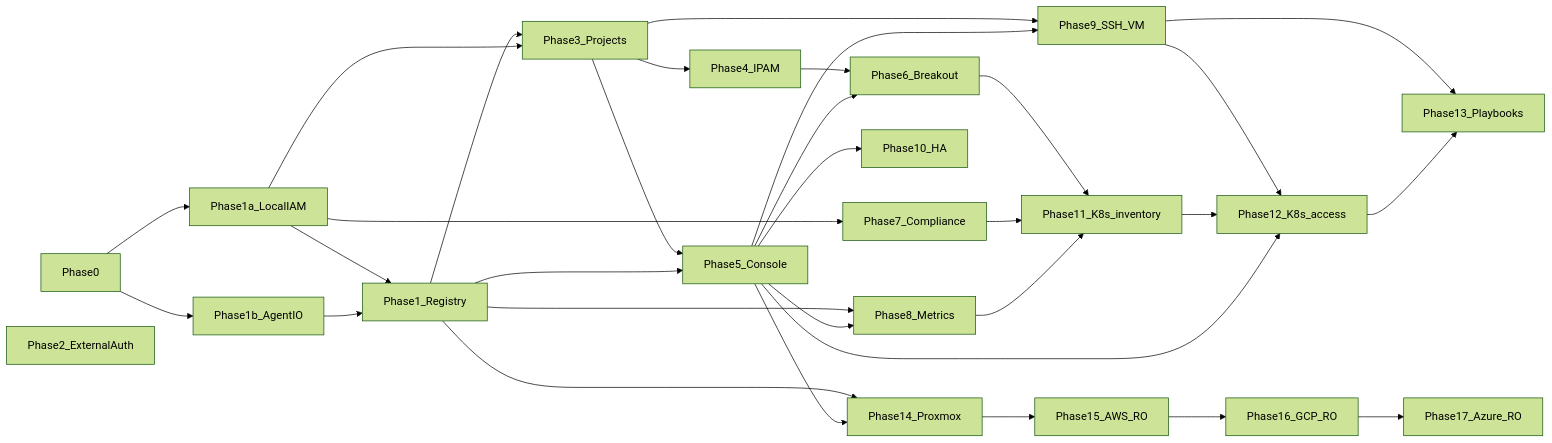
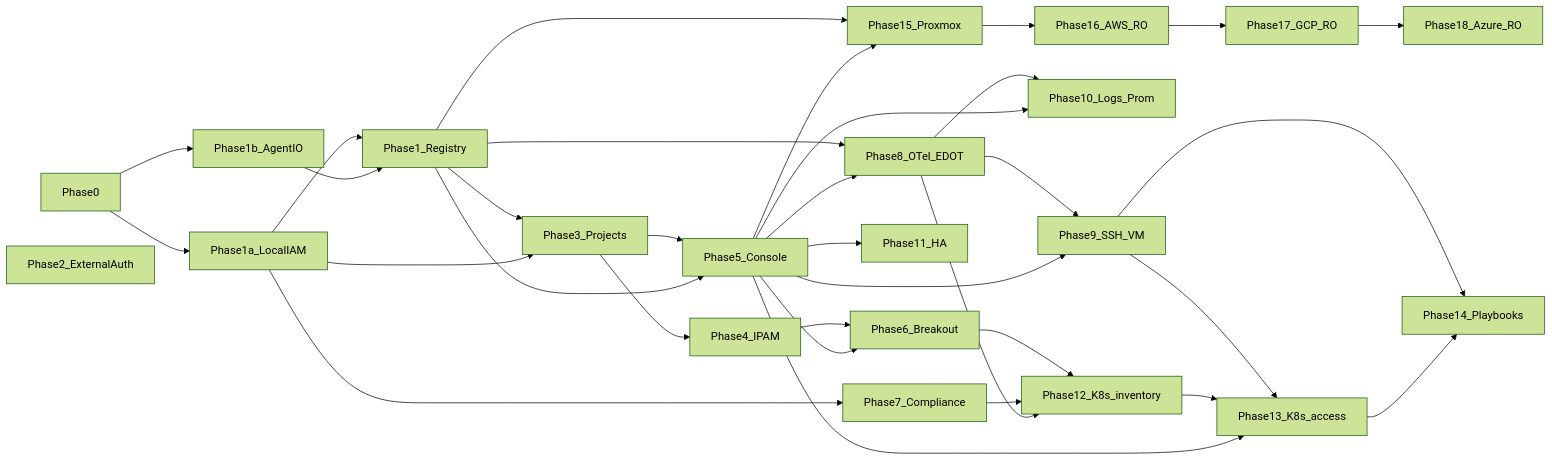
One commit to imrekaposi-elastic/huygens changed the fifth of 5 diagrams in docs/PHASED_PLAN.md. Above: the diagram before and after it, drawn with Mermaid (forest theme). The commit also changed other lines of this file and 51 other files, not shown here.

````diff
--- a/docs/PHASED_PLAN.md
+++ b/docs/PHASED_PLAN.md
@@ -554,41 +566,43 @@
 ```mermaid
 flowchart LR
   P0[Phase0]
   P1a[Phase1a_LocalIAM]
   P1b[Phase1b_AgentIO]
   P1[Phase1_Registry]
   P2[Phase2_ExternalAuth]
   P3[Phase3_Projects]
   P4[Phase4_IPAM]
   P5[Phase5_Console]
   P0 --> P1a
   P0 --> P1b
   P1a --> P1
   P1b --> P1
   P1 --> P3
   P1a --> P3
   P3 --> P4
   P3 --> P5
   P1 --> P5
   P4 --> P6[Phase6_Breakout]
   P5 --> P6
   P1a --> P7[Phase7_Compliance]
-  P1 --> P8[Phase8_Metrics]
+  P1 --> P8[Phase8_OTel_EDOT]
   P5 --> P8
-  P3 --> P9[Phase9_SSH_VM]
+  P8 --> P9[Phase9_SSH_VM]
   P5 --> P9
-  P5 --> P10[Phase10_HA]
-  P6 --> P11[Phase11_K8s_inventory]
-  P7 --> P11
-  P8 --> P11
-  P9 --> P12[Phase12_K8s_access]
-  P11 --> P12
-  P5 --> P12
-  P9 --> P13[Phase13_Playbooks]
+  P8 --> P10[Phase10_Logs_Prom]
+  P5 --> P10
+  P5 --> P11[Phase11_HA]
+  P6 --> P12[Phase12_K8s_inventory]
+  P7 --> P12
+  P8 --> P12
+  P9 --> P13[Phase13_K8s_access]
   P12 --> P13
-  P1 --> P14[Phase14_Proxmox]
-  P5 --> P14
-  P14 --> P15[Phase15_AWS_RO]
-  P15 --> P16[Phase16_GCP_RO]
-  P16 --> P17[Phase17_Azure_RO]
+  P5 --> P13
+  P9 --> P14[Phase14_Playbooks]
+  P13 --> P14
+  P1 --> P15[Phase15_Proxmox]
+  P5 --> P15
+  P15 --> P16[Phase16_AWS_RO]
+  P16 --> P17[Phase17_GCP_RO]
+  P17 --> P18[Phase18_Azure_RO]
 ```
````
